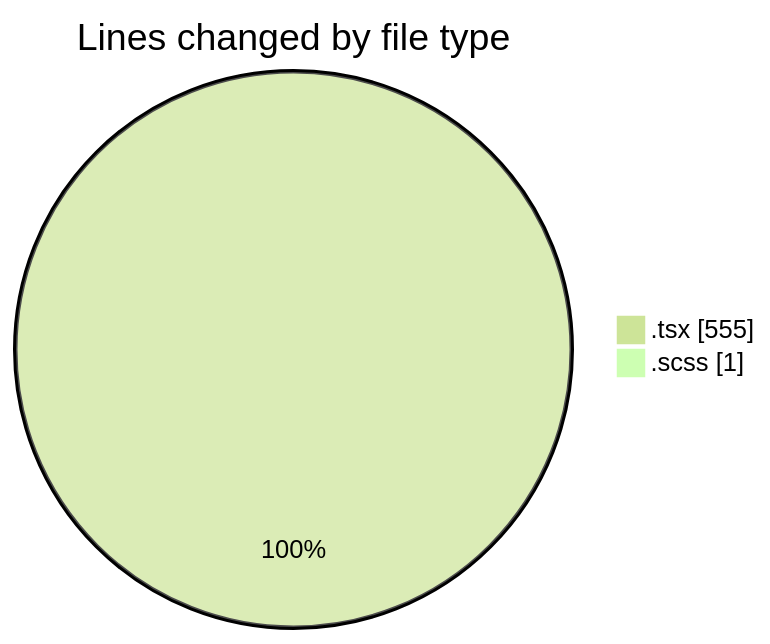
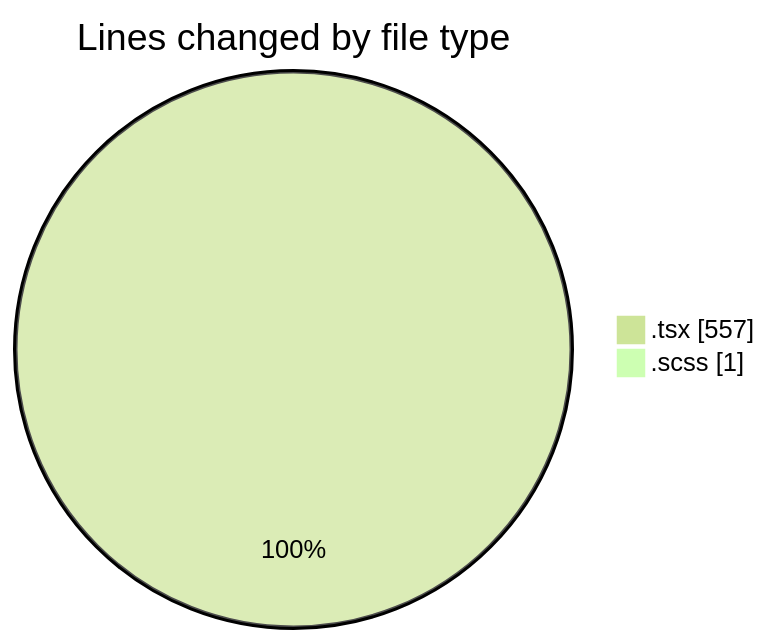
The first of 2 diagrams in 2025-03-19/cda/README.md (momahboobian/code-tracking), drawn with Mermaid (forest theme) before and after one commit. The commit also changed other lines of this file and 1 other file, not shown here.

````diff
--- a/2025-03-19/cda/README.md
+++ b/2025-03-19/cda/README.md
@@ -23,6 +23,6 @@
 ```mermaid
 pie showData
 title Lines changed by file type
-".tsx" : 555
+".tsx" : 557
 ".scss" : 1
 ```
````
